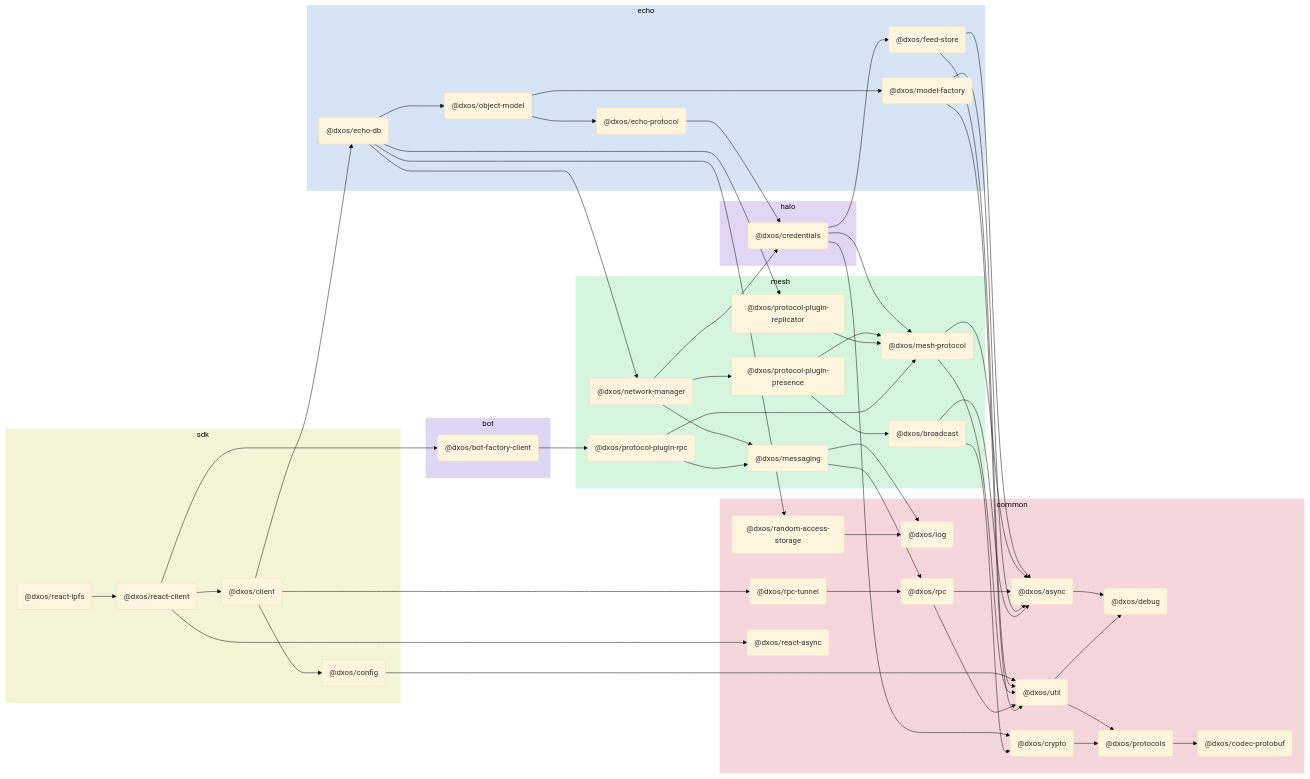
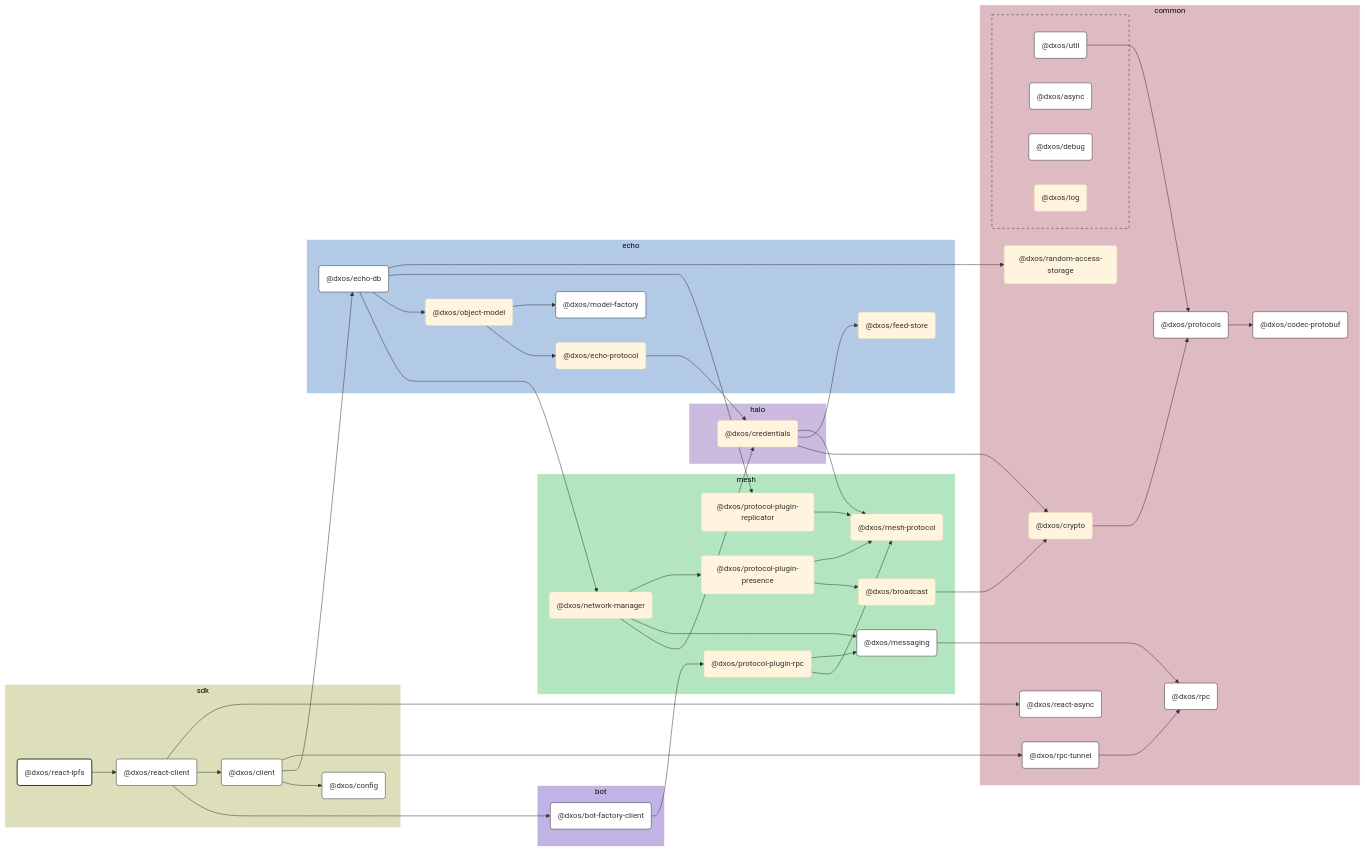
The diagram in packages/sdk/react-ipfs/docs/README.md (dxos/dxos), drawn with Mermaid (base theme) before and after one commit. The commit also changed other lines of this file and 109 other files, not shown here.

````diff
--- a/packages/sdk/react-ipfs/docs/README.md
+++ b/packages/sdk/react-ipfs/docs/README.md
@@ -5,103 +7,145 @@
 ```mermaid
-flowchart LR;
+%%{ init: {'flowchart':{'curve':'basis'}} }%%
 
+flowchart LR
+
+%% Links
+dxos/bot-factory-client --> dxos/protocol-plugin-rpc;
+dxos/broadcast --> dxos/crypto;
+dxos/client --> dxos/config;
+dxos/client --> dxos/echo-db;
+dxos/client --> dxos/rpc-tunnel;
+dxos/credentials --> dxos/crypto;
+dxos/credentials --> dxos/feed-store;
+dxos/credentials --> dxos/mesh-protocol;
+dxos/crypto --> dxos/protocols;
+dxos/echo-db --> dxos/network-manager;
+dxos/echo-db --> dxos/object-model;
+dxos/echo-db --> dxos/protocol-plugin-replicator;
+dxos/echo-db --> dxos/random-access-storage;
+dxos/echo-protocol --> dxos/credentials;
+dxos/messaging --> dxos/rpc;
+dxos/network-manager --> dxos/credentials;
+dxos/network-manager --> dxos/messaging;
+dxos/network-manager --> dxos/protocol-plugin-presence;
+dxos/object-model --> dxos/echo-protocol;
+dxos/object-model --> dxos/model-factory;
+dxos/protocol-plugin-presence --> dxos/broadcast;
+dxos/protocol-plugin-presence --> dxos/mesh-protocol;
+dxos/protocol-plugin-replicator --> dxos/mesh-protocol;
+dxos/protocol-plugin-rpc --> dxos/mesh-protocol;
+dxos/protocol-plugin-rpc --> dxos/messaging;
+dxos/protocols --> dxos/codec-protobuf;
+dxos/react-client --> dxos/bot-factory-client;
+dxos/react-client --> dxos/client;
+dxos/react-client --> dxos/react-async;
+dxos/react-ipfs --> dxos/react-client;
+dxos/rpc-tunnel --> dxos/rpc;
+dxos/util --> dxos/protocols;
+
+%% Sections
 subgraph sdk
-  style sdk fill:#f4f5d6,stroke:#fff;
-  dxos/react-ipfs("@dxos/react-ipfs");
-  dxos/client("@dxos/client");
-  dxos/config("@dxos/config");
-  dxos/react-client("@dxos/react-client");
+  style sdk fill:#dddeba,stroke:#fff;
+
+  dxos/client("@dxos/client")
+  dxos/config("@dxos/config")
+  dxos/react-client("@dxos/react-client")
+  dxos/react-ipfs("@dxos/react-ipfs")
 end
 
 subgraph common
-  style common fill:#f5d6dd,stroke:#fff;
-  dxos/async("@dxos/async");
-  dxos/debug("@dxos/debug");
-  dxos/codec-protobuf("@dxos/codec-protobuf");
-  dxos/protocols("@dxos/protocols");
-  dxos/util("@dxos/util");
-  dxos/log("@dxos/log");
-  dxos/crypto("@dxos/crypto");
-  dxos/rpc("@dxos/rpc");
-  dxos/random-access-storage("@dxos/random-access-storage");
-  dxos/rpc-tunnel("@dxos/rpc-tunnel");
-  dxos/react-async("@dxos/react-async");
+  style common fill:#debac2,stroke:#fff;
+
+  dxos/codec-protobuf("@dxos/codec-protobuf")
+  dxos/crypto("@dxos/crypto")
+  dxos/protocols("@dxos/protocols")
+  dxos/random-access-storage("@dxos/random-access-storage")
+  dxos/react-async("@dxos/react-async")
+  dxos/rpc("@dxos/rpc")
+  dxos/rpc-tunnel("@dxos/rpc-tunnel")
+
+  subgraph common-excluded [ ]
+    style common-excluded fill:#debac2,stroke:#333,stroke-dasharray:5 5;
+
+    dxos/async("@dxos/async")
+    dxos/debug("@dxos/debug")
+    dxos/log("@dxos/log")
+    dxos/util("@dxos/util")
+  end
 end
 
 subgraph echo
-  style echo fill:#d6e4f5,stroke:#fff;
-  dxos/echo-db("@dxos/echo-db");
-  dxos/feed-store("@dxos/feed-store");
-  dxos/echo-protocol("@dxos/echo-protocol");
-  dxos/model-factory("@dxos/model-factory");
-  dxos/object-model("@dxos/object-model");
+  style echo fill:#b3cae6,stroke:#fff;
+
+  dxos/echo-db("@dxos/echo-db")
+  dxos/echo-protocol("@dxos/echo-protocol")
+  dxos/feed-store("@dxos/feed-store")
+  dxos/model-factory("@dxos/model-factory")
+  dxos/object-model("@dxos/object-model")
 end
 
 subgraph halo
-  style halo fill:#e3d6f5,stroke:#fff;
-  dxos/credentials("@dxos/credentials");
+  style halo fill:#cabade,stroke:#fff;
+
+  dxos/credentials("@dxos/credentials")
 end
 
 subgraph mesh
-  style mesh fill:#d6f5de,stroke:#fff;
-  dxos/mesh-protocol("@dxos/mesh-protocol");
-  dxos/messaging("@dxos/messaging");
-  dxos/network-manager("@dxos/network-manager");
-  dxos/protocol-plugin-presence("@dxos/protocol-plugin-presence");
-  dxos/broadcast("@dxos/broadcast");
-  dxos/protocol-plugin-replicator("@dxos/protocol-plugin-replicator");
-  dxos/protocol-plugin-rpc("@dxos/protocol-plugin-rpc");
+  style mesh fill:#b3e6c0,stroke:#fff;
+
+  dxos/broadcast("@dxos/broadcast")
+  dxos/mesh-protocol("@dxos/mesh-protocol")
+  dxos/messaging("@dxos/messaging")
+  dxos/network-manager("@dxos/network-manager")
+  dxos/protocol-plugin-presence("@dxos/protocol-plugin-presence")
+  dxos/protocol-plugin-replicator("@dxos/protocol-plugin-replicator")
+  dxos/protocol-plugin-rpc("@dxos/protocol-plugin-rpc")
 end
 
 subgraph bot
-  style bot fill:#dfd6f5,stroke:#fff;
-  dxos/bot-factory-client("@dxos/bot-factory-client");
+  style bot fill:#c2b3e6,stroke:#fff;
+
+  dxos/bot-factory-client("@dxos/bot-factory-client")
 end
 
-dxos/async --> dxos/debug;
-dxos/client --> dxos/config;
-dxos/protocols --> dxos/codec-protobuf;
-dxos/config --> dxos/util;
-dxos/util --> dxos/debug;
-dxos/util --> dxos/protocols;
-dxos/client --> dxos/echo-db;
-dxos/credentials --> dxos/crypto;
-dxos/crypto --> dxos/protocols;
-dxos/credentials --> dxos/feed-store;
-dxos/feed-store --> dxos/async;
-dxos/feed-store --> dxos/util;
-dxos/credentials --> dxos/mesh-protocol;
-dxos/mesh-protocol --> dxos/async;
-dxos/mesh-protocol --> dxos/util;
-dxos/echo-protocol --> dxos/credentials;
-dxos/messaging --> dxos/log;
-dxos/messaging --> dxos/rpc;
-dxos/rpc --> dxos/async;
-dxos/rpc --> dxos/util;
-dxos/model-factory --> dxos/async;
-dxos/model-factory --> dxos/util;
-dxos/echo-db --> dxos/network-manager;
-dxos/network-manager --> dxos/credentials;
-dxos/network-manager --> dxos/messaging;
-dxos/network-manager --> dxos/protocol-plugin-presence;
-dxos/protocol-plugin-presence --> dxos/broadcast;
-dxos/broadcast --> dxos/async;
-dxos/broadcast --> dxos/crypto;
-dxos/protocol-plugin-presence --> dxos/mesh-protocol;
-dxos/echo-db --> dxos/object-model;
-dxos/object-model --> dxos/echo-protocol;
-dxos/object-model --> dxos/model-factory;
-dxos/echo-db --> dxos/protocol-plugin-replicator;
-dxos/protocol-plugin-replicator --> dxos/mesh-protocol;
-dxos/echo-db --> dxos/random-access-storage;
-dxos/random-access-storage --> dxos/log;
-dxos/client --> dxos/rpc-tunnel;
-dxos/rpc-tunnel --> dxos/rpc;
-dxos/react-ipfs --> dxos/react-client;
-dxos/react-client --> dxos/bot-factory-client;
-dxos/bot-factory-client --> dxos/protocol-plugin-rpc;
-dxos/protocol-plugin-rpc --> dxos/messaging;
-dxos/protocol-plugin-rpc --> dxos/mesh-protocol;
-dxos/react-client --> dxos/client;
-dxos/react-client --> dxos/react-async;
+
+%% Hyperlinks
+click dxos/async href "https:/github.com/dxos/dxos/tree/main/packages/common/async/docs";
+click dxos/bot-factory-client href "https:/github.com/dxos/dxos/tree/main/packages/bot/bot-factory-client/docs";
+click dxos/client href "https:/github.com/dxos/dxos/tree/main/packages/sdk/client/docs";
+click dxos/codec-protobuf href "https:/github.com/dxos/dxos/tree/main/packages/common/codec-protobuf/docs";
+click dxos/config href "https:/github.com/dxos/dxos/tree/main/packages/sdk/config/docs";
+click dxos/debug href "https:/github.com/dxos/dxos/tree/main/packages/common/debug/docs";
+click dxos/echo-db href "https:/github.com/dxos/dxos/tree/main/packages/echo/echo-db/docs";
+click dxos/messaging href "https:/github.com/dxos/dxos/tree/main/packages/mesh/messaging/docs";
+click dxos/model-factory href "https:/github.com/dxos/dxos/tree/main/packages/echo/model-factory/docs";
+click dxos/protocols href "https:/github.com/dxos/dxos/tree/main/packages/common/protocols/docs";
+click dxos/react-async href "https:/github.com/dxos/dxos/tree/main/packages/common/react-async/docs";
+click dxos/react-client href "https:/github.com/dxos/dxos/tree/main/packages/sdk/react-client/docs";
+click dxos/rpc href "https:/github.com/dxos/dxos/tree/main/packages/common/rpc/docs";
+click dxos/rpc-tunnel href "https:/github.com/dxos/dxos/tree/main/packages/common/rpc-tunnel/docs";
+click dxos/util href "https:/github.com/dxos/dxos/tree/main/packages/common/util/docs";
+
+%% Styles
+classDef rootNode fill:#fff,stroke:#333,stroke-width:2px
+classDef defaultNode fill:#fff,stroke:#333,stroke-width:1px
+linkStyle default stroke:#333,stroke-width:1px
+
+dxos/react-ipfs:::rootNode
+
+dxos/async:::defaultNode
+dxos/bot-factory-client:::defaultNode
+dxos/client:::defaultNode
+dxos/codec-protobuf:::defaultNode
+dxos/config:::defaultNode
+dxos/debug:::defaultNode
+dxos/echo-db:::defaultNode
+dxos/messaging:::defaultNode
+dxos/model-factory:::defaultNode
+dxos/protocols:::defaultNode
+dxos/react-async:::defaultNode
+dxos/react-client:::defaultNode
+dxos/rpc:::defaultNode
+dxos/rpc-tunnel:::defaultNode
+dxos/util:::defaultNode
 ```
````
